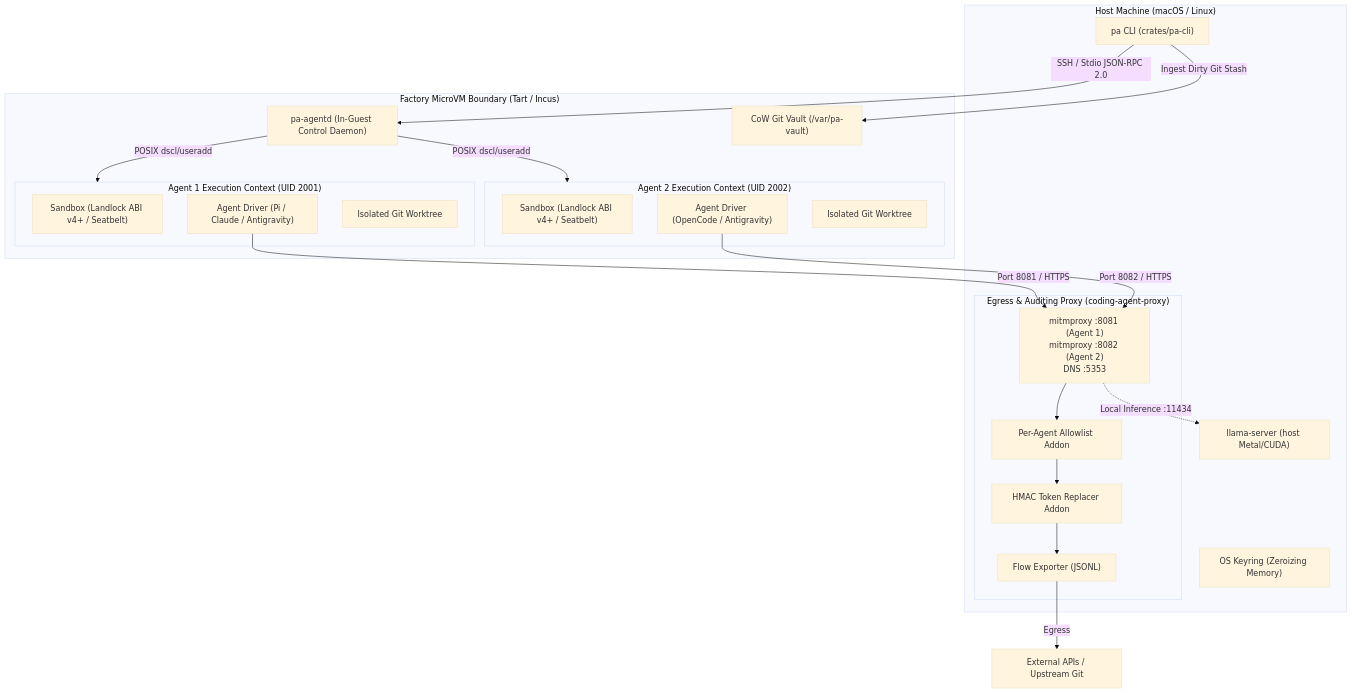
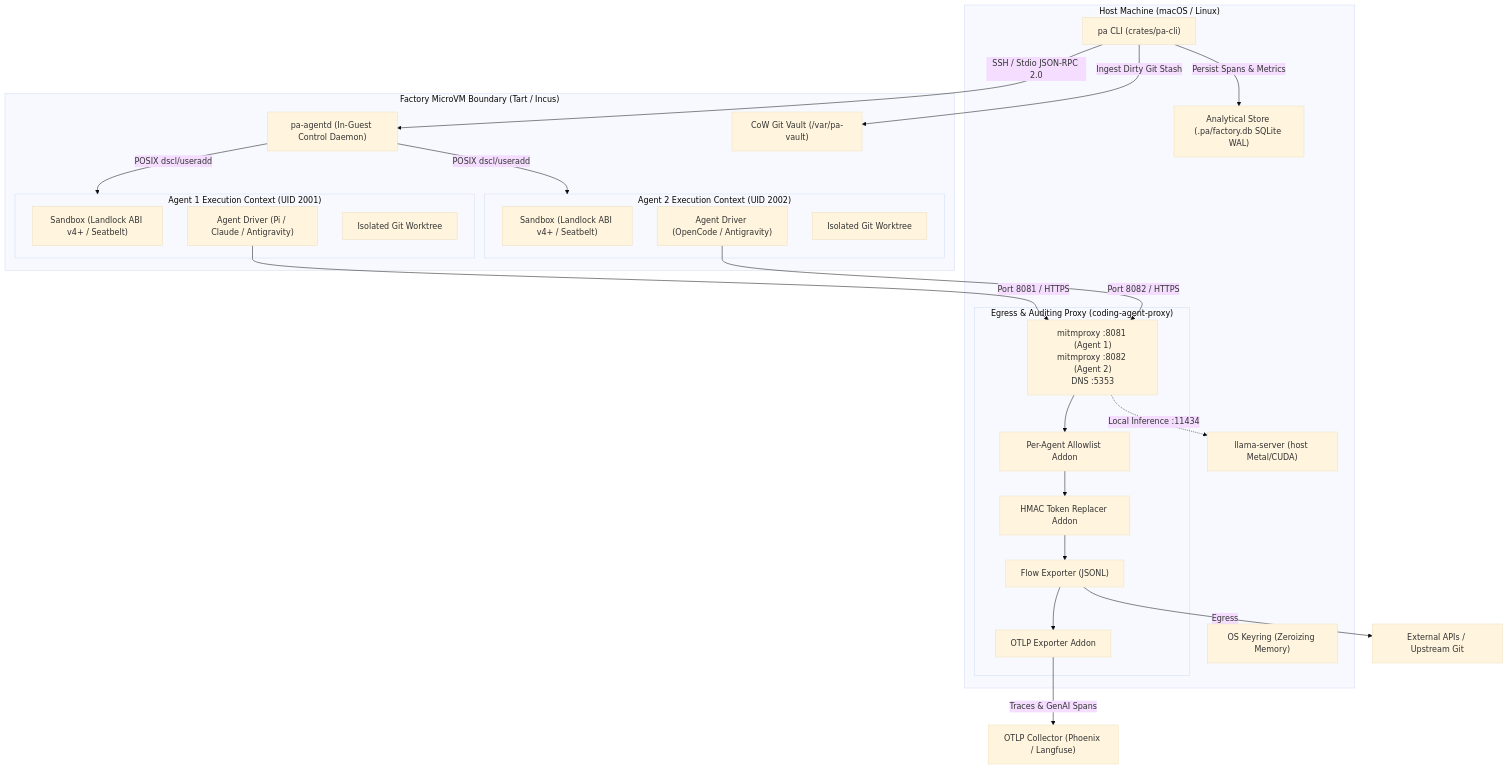
The first of 2 diagrams in docs/architecture.md (mikkovihonen/pa-container), drawn with Mermaid (base theme) before and after one commit. The commit also changed other lines of this file and 45 other files, not shown here.

````diff
--- a/docs/architecture.md
+++ b/docs/architecture.md
@@ -9,45 +9,50 @@
 ```mermaid
 flowchart TB
     subgraph Host["Host Machine (macOS / Linux)"]
         CLI["pa CLI (crates/pa-cli)"]
         Keyring["OS Keyring (Zeroizing Memory)"]
         Llama["llama-server (host Metal/CUDA)"]
+        Store["Analytical Store (.pa/factory.db SQLite WAL)"]
         
         subgraph ProxyStack["Egress & Auditing Proxy (coding-agent-proxy)"]
             Proxy["mitmproxy :8081 (Agent 1)\nmitmproxy :8082 (Agent 2)\nDNS :5353"]
             Allowlist["Per-Agent Allowlist Addon"]
             Replacer["HMAC Token Replacer Addon"]
             Exporter["Flow Exporter (JSONL)"]
+            OTLP["OTLP Exporter Addon"]
         end
     end
 
     subgraph Hypervisor["Factory MicroVM Boundary (Tart / Incus)"]
         Daemon["pa-agentd (In-Guest Control Daemon)"]
         Vault["CoW Git Vault (/var/pa-vault)"]
         
         subgraph Agent1["Agent 1 Execution Context (UID 2001)"]
             SB1["Sandbox (Landlock ABI v4+ / Seatbelt)"]
             Proc1["Agent Driver (Pi / Claude / Antigravity)"]
             Tree1["Isolated Git Worktree"]
         end
 
         subgraph Agent2["Agent 2 Execution Context (UID 2002)"]
             SB2["Sandbox (Landlock ABI v4+ / Seatbelt)"]
             Proc2["Agent Driver (OpenCode / Antigravity)"]
             Tree2["Isolated Git Worktree"]
         end
     end
 
     CLI -->|SSH / Stdio JSON-RPC 2.0| Daemon
     CLI -->|Ingest Dirty Git Stash| Vault
+    CLI -->|Persist Spans & Metrics| Store
     Daemon -->|POSIX dscl/useradd| Agent1
     Daemon -->|POSIX dscl/useradd| Agent2
     
     Proc1 -->|Port 8081 / HTTPS| Proxy
     Proc2 -->|Port 8082 / HTTPS| Proxy
     Proxy --> Allowlist
     Allowlist --> Replacer
     Replacer --> Exporter
+    Exporter --> OTLP
     Exporter -->|Egress| WAN["External APIs / Upstream Git"]
+    OTLP -->|Traces & GenAI Spans| Backend["OTLP Collector (Phoenix / Langfuse)"]
     Proxy -.->|Local Inference :11434| Llama
 ```
````
